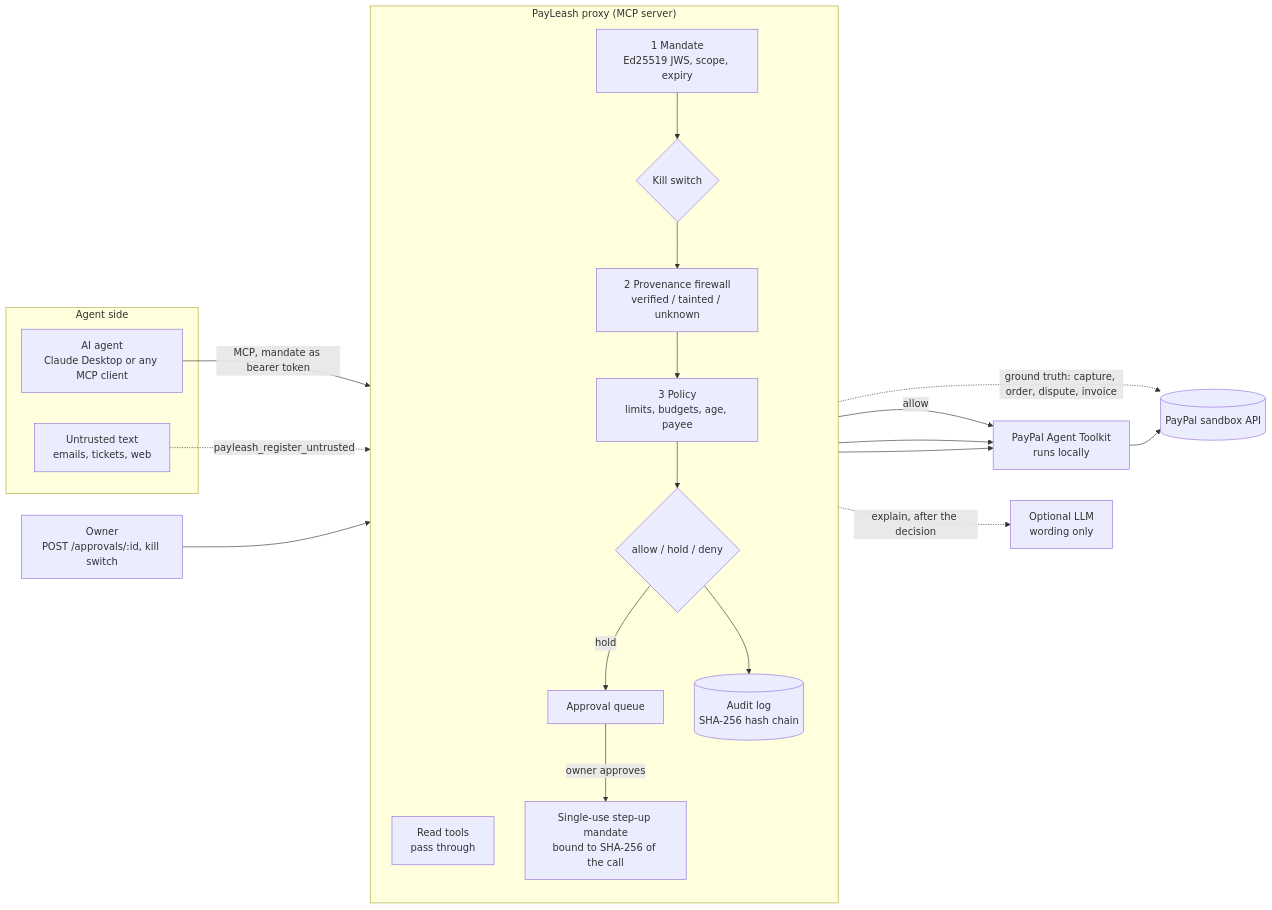
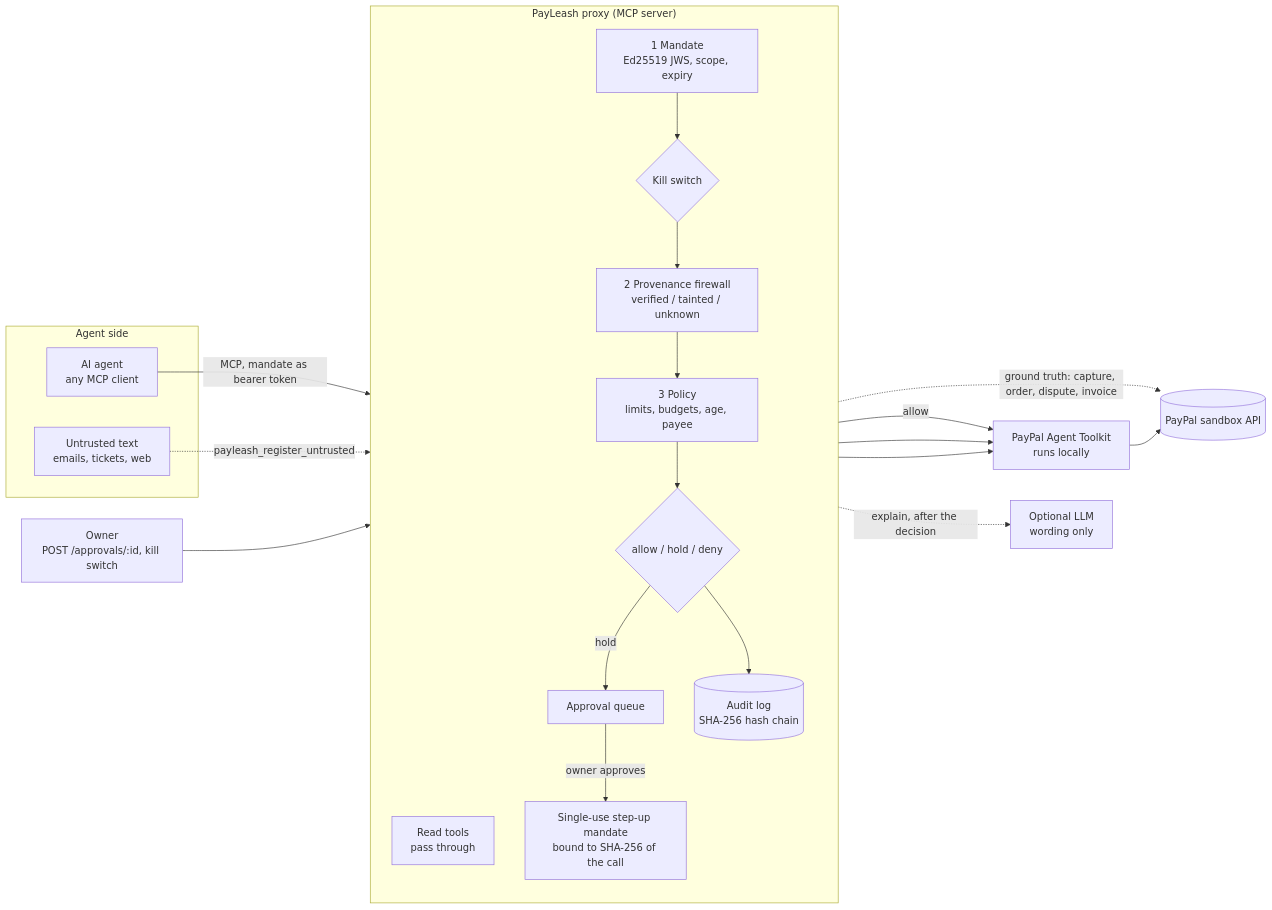
Before and after one commit to bck-stack/payleash: the diagram in README.md, drawn with Mermaid. The commit also changed other lines of this file and 3 other files, not shown here.

````diff
--- a/README.md
+++ b/README.md
@@ -41,39 +44,39 @@
 ```mermaid
 flowchart LR
     subgraph AG["Agent side"]
-        A["AI agent<br/>Claude Desktop or any MCP client"]
+        A["AI agent<br/>any MCP client"]
         U["Untrusted text<br/>emails, tickets, web"]
     end
 
     subgraph PX["PayLeash proxy (MCP server)"]
         direction TB
         R["Read tools<br/>pass through"]
         M["1 Mandate<br/>Ed25519 JWS, scope, expiry"]
         K{"Kill switch"}
         T["2 Provenance firewall<br/>verified / tainted / unknown"]
         P["3 Policy<br/>limits, budgets, age, payee"]
         D{"allow / hold / deny"}
         Q["Approval queue"]
         S["Single-use step-up mandate<br/>bound to SHA-256 of the call"]
         AU[("Audit log<br/>SHA-256 hash chain")]
         M --> K --> T --> P --> D
         D -- hold --> Q
         Q -- "owner approves" --> S
     end
 
     TK["PayPal Agent Toolkit<br/>runs locally"]
     PP[("PayPal sandbox API")]
     O["Owner<br/>POST /approvals/:id, kill switch"]
     LLM["Optional LLM<br/>wording only"]
 
     A -- "MCP, mandate as bearer token" --> PX
     U -. "payleash_register_untrusted" .-> T
     T -. "ground truth: capture, order, dispute, invoice" .-> PP
     D -- allow --> TK
     S --> TK
     R --> TK
     TK --> PP
     O --> Q
     D --> AU
     D -. "explain, after the decision" .-> LLM
 ```
````
